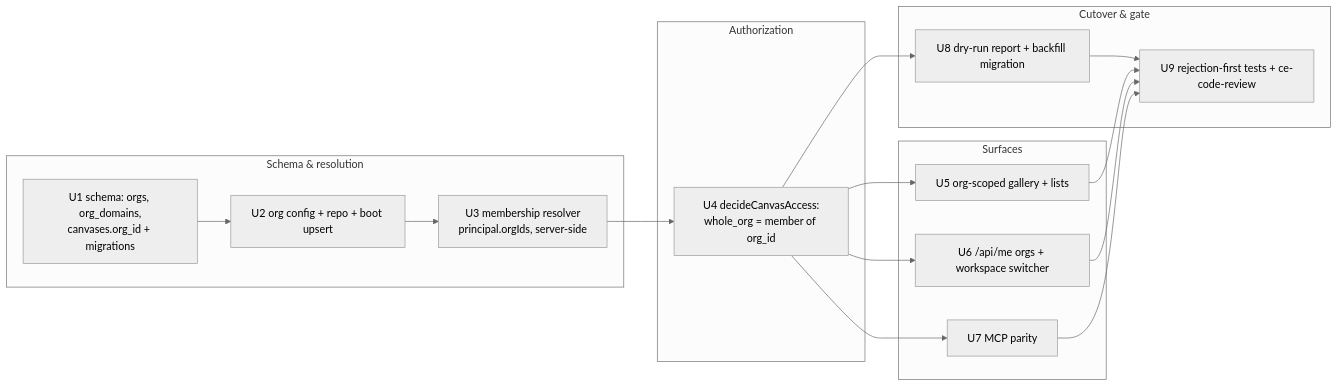
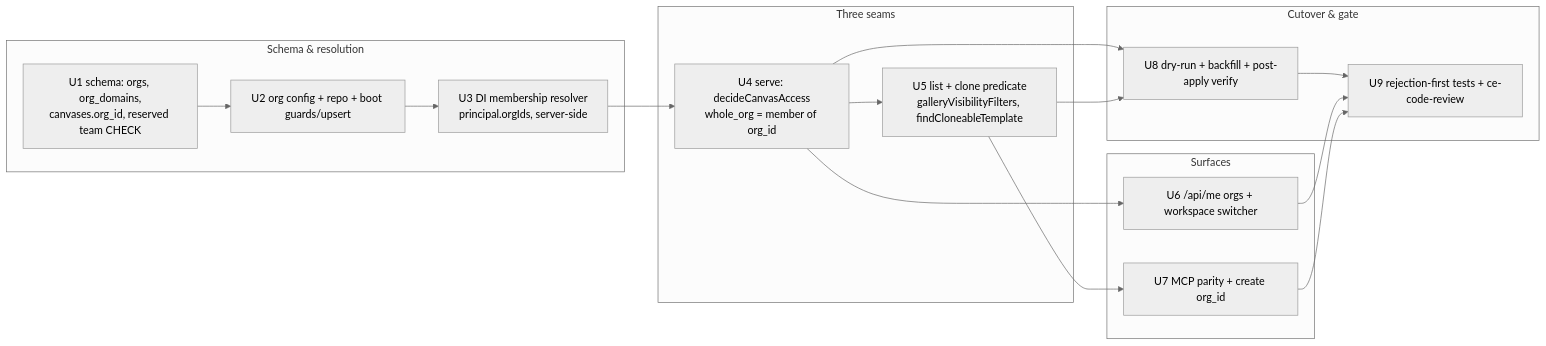
One commit to markpasternak/canvas-drop changed the diagram in docs/plans/2026-06-20-002-feat-tenancy-p1-org-boundary-plan.md. Above: the diagram before and after it, drawn with Mermaid (neutral theme). The commit also changed other lines of this file and 4 other files, not shown here.

First line of the commit message:
docs(tenancy): revise plans per 5-lens review (three seams, model edges, refs)

````diff
--- a/docs/plans/2026-06-20-002-feat-tenancy-p1-org-boundary-plan.md
+++ b/docs/plans/2026-06-20-002-feat-tenancy-p1-org-boundary-plan.md
@@ -118,24 +128,25 @@
 ```mermaid
 graph LR
   subgraph P1A[Schema & resolution]
-    U1[U1 schema: orgs, org_domains,<br/>canvases.org_id + migrations]
-    U2[U2 org config + repo + boot upsert]
-    U3[U3 membership resolver<br/>principal.orgIds, server-side]
+    U1[U1 schema: orgs, org_domains,<br/>canvases.org_id, reserved team CHECK]
+    U2[U2 org config + repo + boot guards/upsert]
+    U3[U3 DI membership resolver<br/>principal.orgIds, server-side]
   end
-  subgraph P1B[Authorization]
-    U4[U4 decideCanvasAccess:<br/>whole_org = member of org_id]
+  subgraph P1B[Three seams]
+    U4[U4 serve: decideCanvasAccess<br/>whole_org = member of org_id]
+    U5[U5 list + clone predicate<br/>galleryVisibilityFilters, findCloneableTemplate]
   end
   subgraph P1C[Surfaces]
-    U5[U5 org-scoped gallery + lists]
     U6[U6 /api/me orgs + workspace switcher]
-    U7[U7 MCP parity]
+    U7[U7 MCP parity + create org_id]
   end
   subgraph P1D[Cutover & gate]
-    U8[U8 dry-run report + backfill migration]
+    U8[U8 dry-run + backfill + post-apply verify]
     U9[U9 rejection-first tests + ce-code-review]
   end
-  U1 --> U2 --> U3 --> U4
-  U4 --> U5 & U6 & U7
-  U4 --> U8 --> U9
-  U5 & U6 & U7 --> U9
+  U1 --> U2 --> U3 --> U4 --> U5
+  U4 --> U6
+  U5 --> U7
+  U4 & U5 --> U8 --> U9
+  U6 & U7 --> U9
 ```
````
